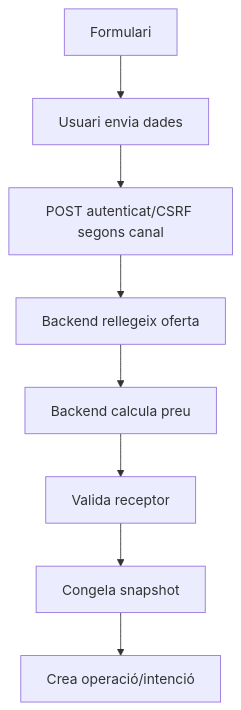
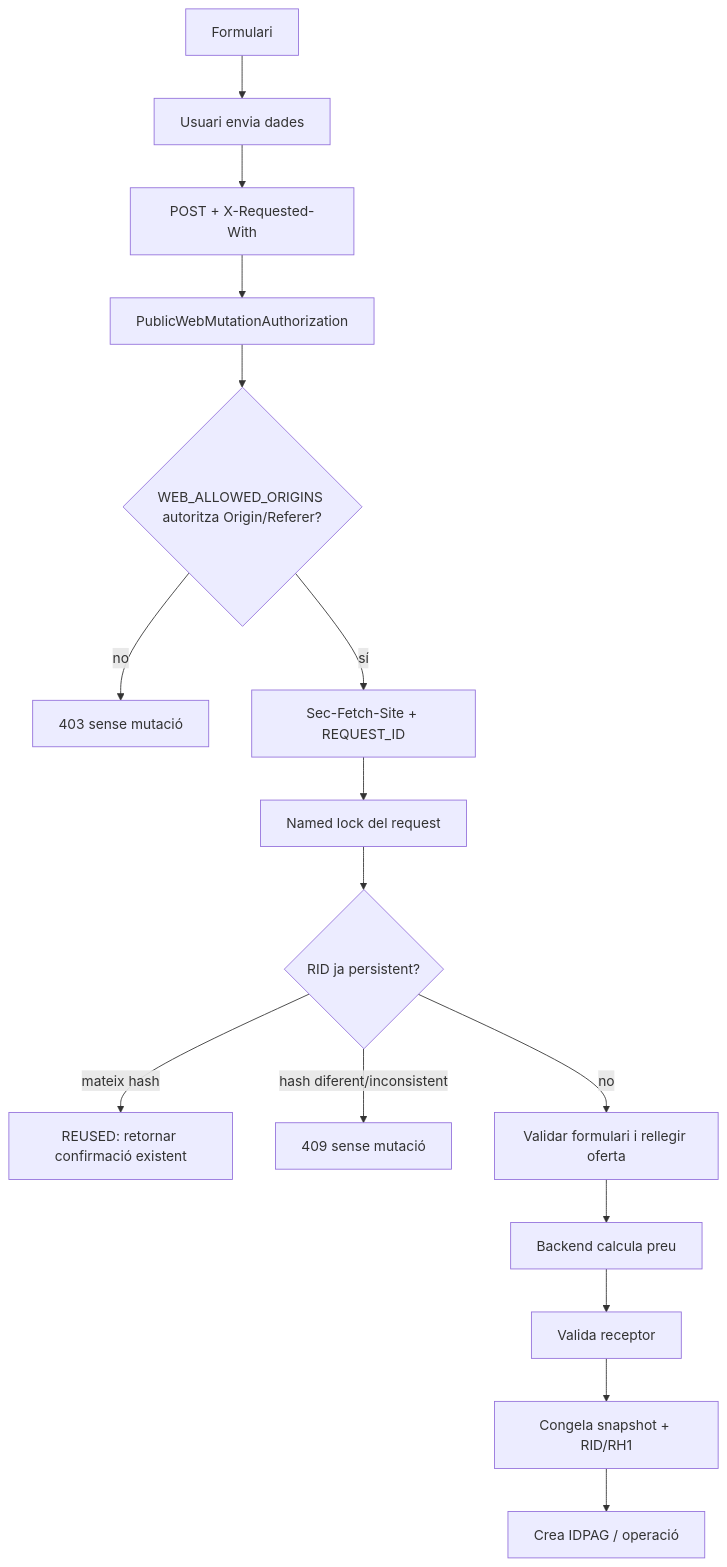
Before and after one commit to orgmeriemprismacat-del/verifactu: the sixth of 20 diagrams in documentacio/07-uml-integrat/uc-015-activitats-pagines-pack-actual-final.md, drawn with Mermaid. The commit also changed other lines of this file and 49 other files, not shown here.

````diff
--- a/documentacio/07-uml-integrat/uc-015-activitats-pagines-pack-actual-final.md
+++ b/documentacio/07-uml-integrat/uc-015-activitats-pagines-pack-actual-final.md
@@ -84,10 +89,18 @@
 ```mermaid
 flowchart TD
 A[Formulari] --> B[Usuari envia dades]
-B --> C[POST autenticat/CSRF segons canal]
-C --> D[Backend rellegeix oferta]
-D --> E[Backend calcula preu]
-E --> F[Valida receptor]
-F --> G[Congela snapshot]
-G --> H[Crea operació/intenció]
+B --> C[POST + X-Requested-With]
+C --> D[PublicWebMutationAuthorization]
+D --> E{WEB_ALLOWED_ORIGINS autoritza Origin/Referer?}
+E -- no --> F[403 sense mutació]
+E -- sí --> G[Sec-Fetch-Site + REQUEST_ID]
+G --> H[Named lock del request]
+H --> I{RID ja persistent?}
+I -- mateix hash --> J[REUSED: retornar confirmació existent]
+I -- hash diferent/inconsistent --> K[409 sense mutació]
+I -- no --> L[Validar formulari i rellegir oferta]
+L --> M[Backend calcula preu]
+M --> N[Valida receptor]
+N --> O[Congela snapshot + RID/RH1]
+O --> P[Crea IDPAG / operació]
 ```
````
